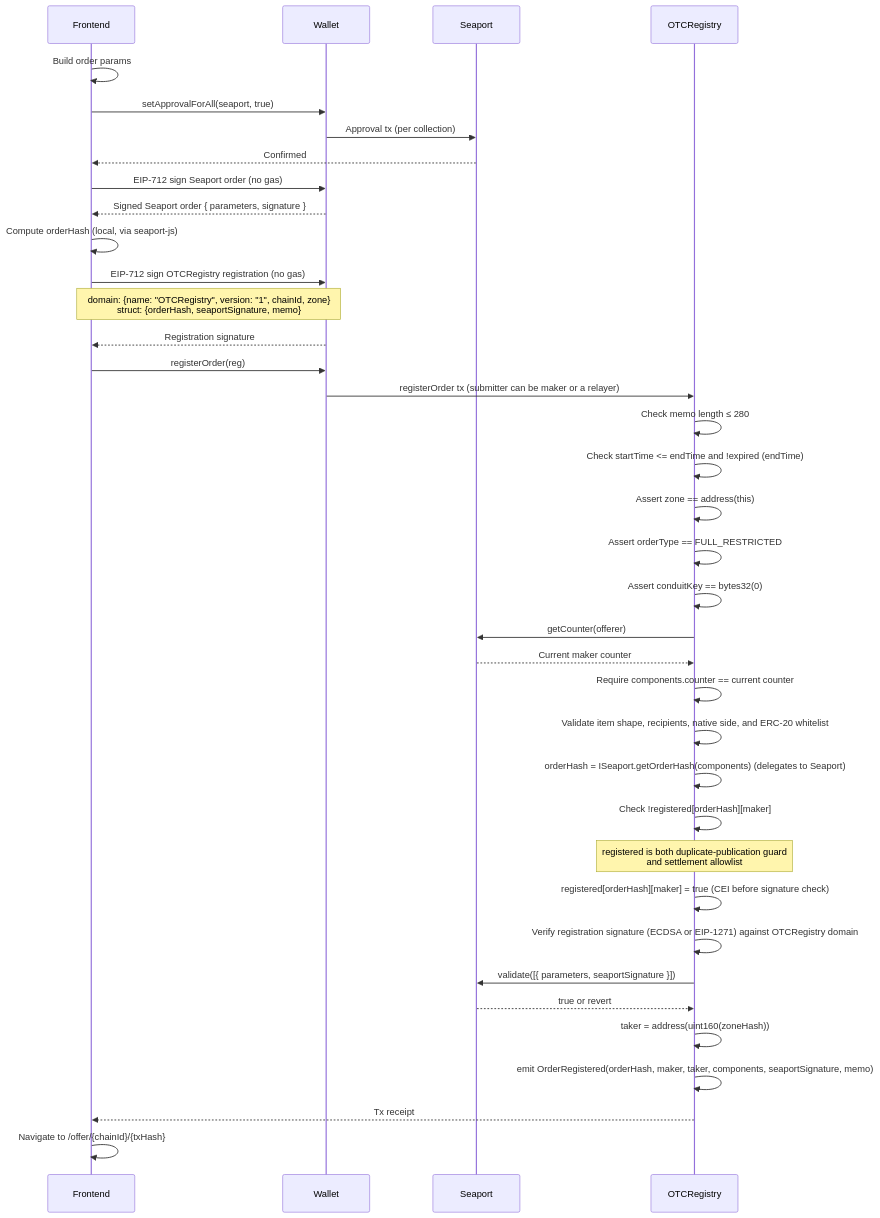
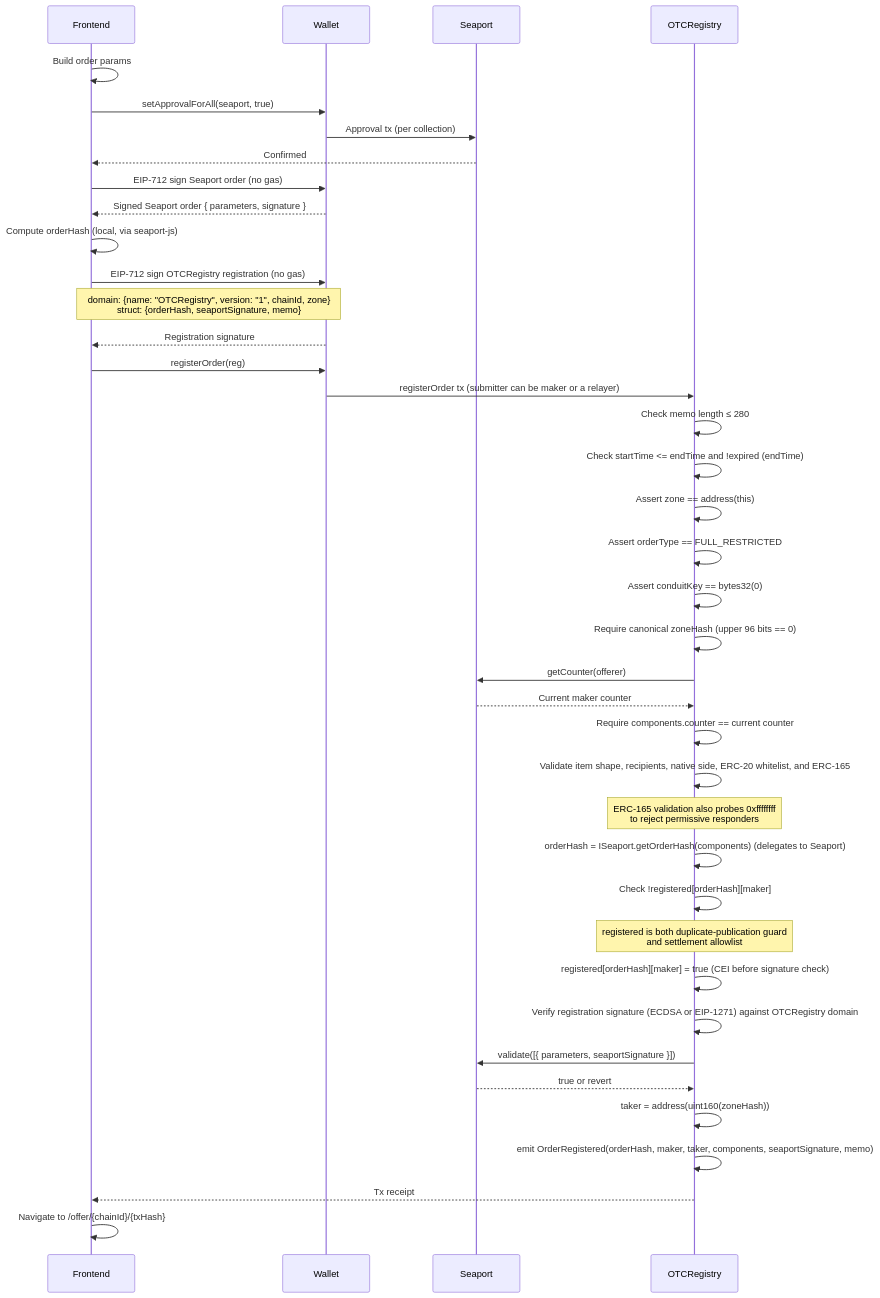
Before and after one commit to shukudaidayo/ocarina-trade: the first of 5 diagrams in docs/flows.md, drawn with Mermaid. The commit also changed other lines of this file and 10 other files, not shown here.

````diff
--- a/docs/flows.md
+++ b/docs/flows.md
@@ -5,46 +5,48 @@
 ```mermaid
 sequenceDiagram
     participant F as Frontend
     participant W as Wallet
     participant S as Seaport
     participant Z as OTCRegistry
 
     F->>F: Build order params
 
     F->>W: setApprovalForAll(seaport, true)
     W->>S: Approval tx (per collection)
     S-->>F: Confirmed
 
     F->>W: EIP-712 sign Seaport order (no gas)
     W-->>F: Signed Seaport order { parameters, signature }
 
     F->>F: Compute orderHash (local, via seaport-js)
 
     F->>W: EIP-712 sign OTCRegistry registration (no gas)
     Note over F,W: domain: {name: "OTCRegistry", version: "1", chainId, zone}<br/>struct: {orderHash, seaportSignature, memo}
     W-->>F: Registration signature
 
     F->>W: registerOrder(reg)
     W->>Z: registerOrder tx (submitter can be maker or a relayer)
     Z->>Z: Check memo length ≤ 280
     Z->>Z: Check startTime <= endTime and !expired (endTime)
     Z->>Z: Assert zone == address(this)
     Z->>Z: Assert orderType == FULL_RESTRICTED
     Z->>Z: Assert conduitKey == bytes32(0)
+    Z->>Z: Require canonical zoneHash (upper 96 bits == 0)
     Z->>S: getCounter(offerer)
     S-->>Z: Current maker counter
     Z->>Z: Require components.counter == current counter
-    Z->>Z: Validate item shape, recipients, native side, and ERC-20 whitelist
+    Z->>Z: Validate item shape, recipients, native side, ERC-20 whitelist, and ERC-165
+    Note over Z: ERC-165 validation also probes 0xffffffff<br/>to reject permissive responders
     Z->>Z: orderHash = ISeaport.getOrderHash(components) (delegates to Seaport)
     Z->>Z: Check !registered[orderHash][maker]
     Note over Z: registered is both duplicate-publication guard<br/>and settlement allowlist
     Z->>Z: registered[orderHash][maker] = true (CEI before signature check)
     Z->>Z: Verify registration signature (ECDSA or EIP-1271) against OTCRegistry domain
     Z->>S: validate([{ parameters, seaportSignature }])
     S-->>Z: true or revert
     Z->>Z: taker = address(uint160(zoneHash))
     Z->>Z: emit OrderRegistered(orderHash, maker, taker, components, seaportSignature, memo)
     Z-->>F: Tx receipt
 
     F->>F: Navigate to /offer/{chainId}/{txHash}
 ```
````
